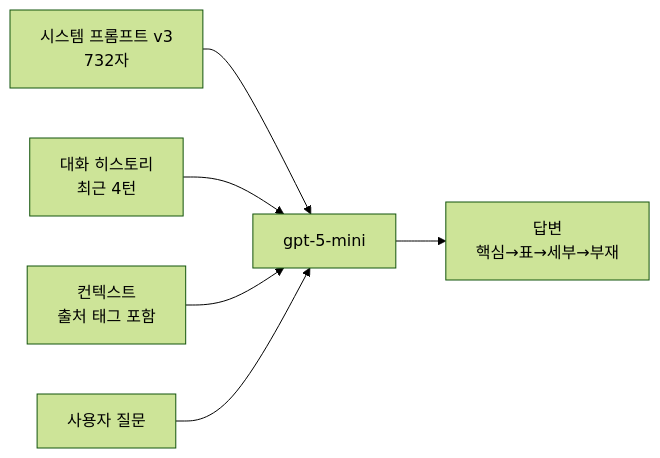
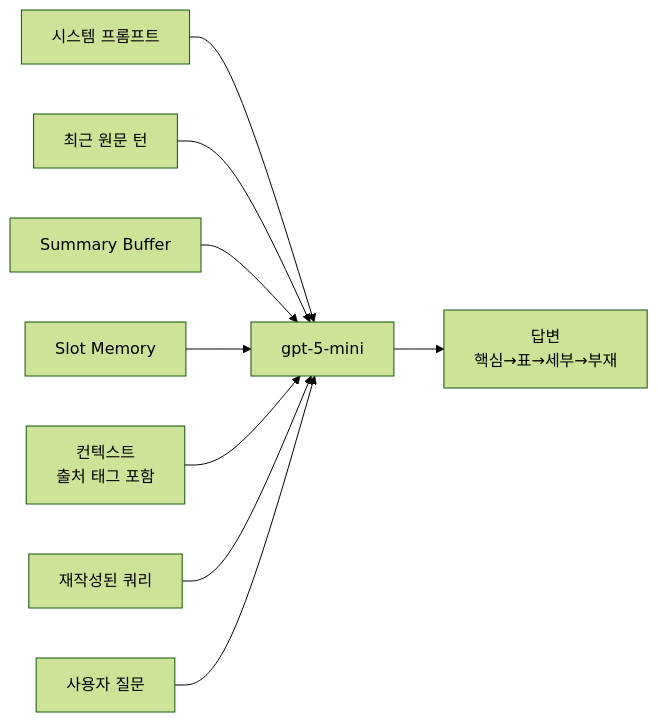
Before and after one commit to Azren-Seung/pjt-sprint_ai07_bidmateRAG: diagram 11 of 12 in docs/architecture.md, drawn with Mermaid (forest theme). The commit also changed other lines of this file and 27 other files, not shown here.

Commit message:
feat(multiturn): checkpoint memory-backed rewrite flow

````diff
--- a/docs/architecture.md
+++ b/docs/architecture.md
@@ -181,8 +248,11 @@
 ```mermaid
 flowchart LR
-    A[시스템 프롬프트 v3\n732자] --> B[gpt-5-mini]
-    C[대화 히스토리\n최근 4턴] --> B
-    D[컨텍스트\n출처 태그 포함] --> B
-    E[사용자 질문] --> B
-    B --> F[답변\n핵심→표→세부→부재]
+    A[시스템 프롬프트] --> B[gpt-5-mini]
+    C[최근 원문 턴] --> B
+    D[Summary Buffer] --> B
+    E[Slot Memory] --> B
+    F[컨텍스트\n출처 태그 포함] --> B
+    G[재작성된 쿼리] --> B
+    H[사용자 질문] --> B
+    B --> I[답변\n핵심→표→세부→부재]
 ```
````
